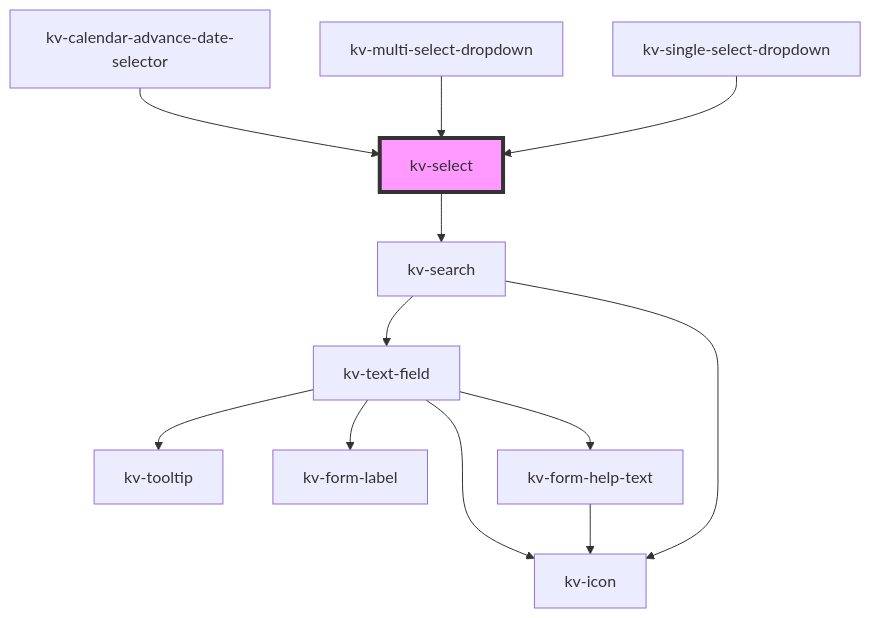
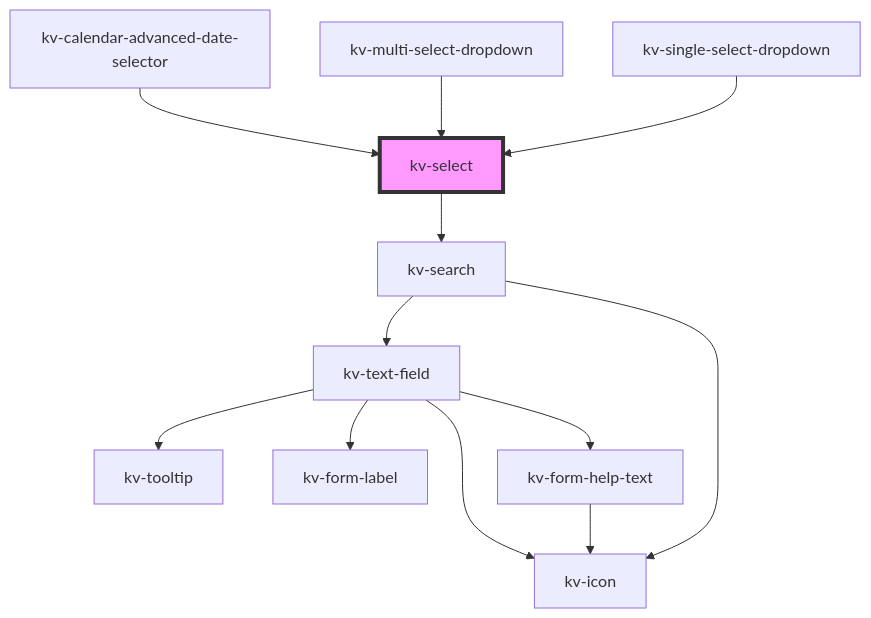
Before and after one commit to kelvininc/ui-components: the diagram in packages/ui-components/src/components/select/readme.md, drawn with Mermaid. The commit also changed other lines of this file and 74 other files, not shown here.

````diff
--- a/packages/ui-components/src/components/select/readme.md
+++ b/packages/ui-components/src/components/select/readme.md
@@ -105,15 +103,15 @@
 ```mermaid
 graph TD;
   kv-select --> kv-search
   kv-search --> kv-text-field
   kv-search --> kv-icon
   kv-text-field --> kv-tooltip
   kv-text-field --> kv-form-label
   kv-text-field --> kv-icon
   kv-text-field --> kv-form-help-text
   kv-form-help-text --> kv-icon
-  kv-calendar-advance-date-selector --> kv-select
+  kv-calendar-advanced-date-selector --> kv-select
   kv-multi-select-dropdown --> kv-select
   kv-single-select-dropdown --> kv-select
   style kv-select fill:#f9f,stroke:#333,stroke-width:4px
 ```
````
